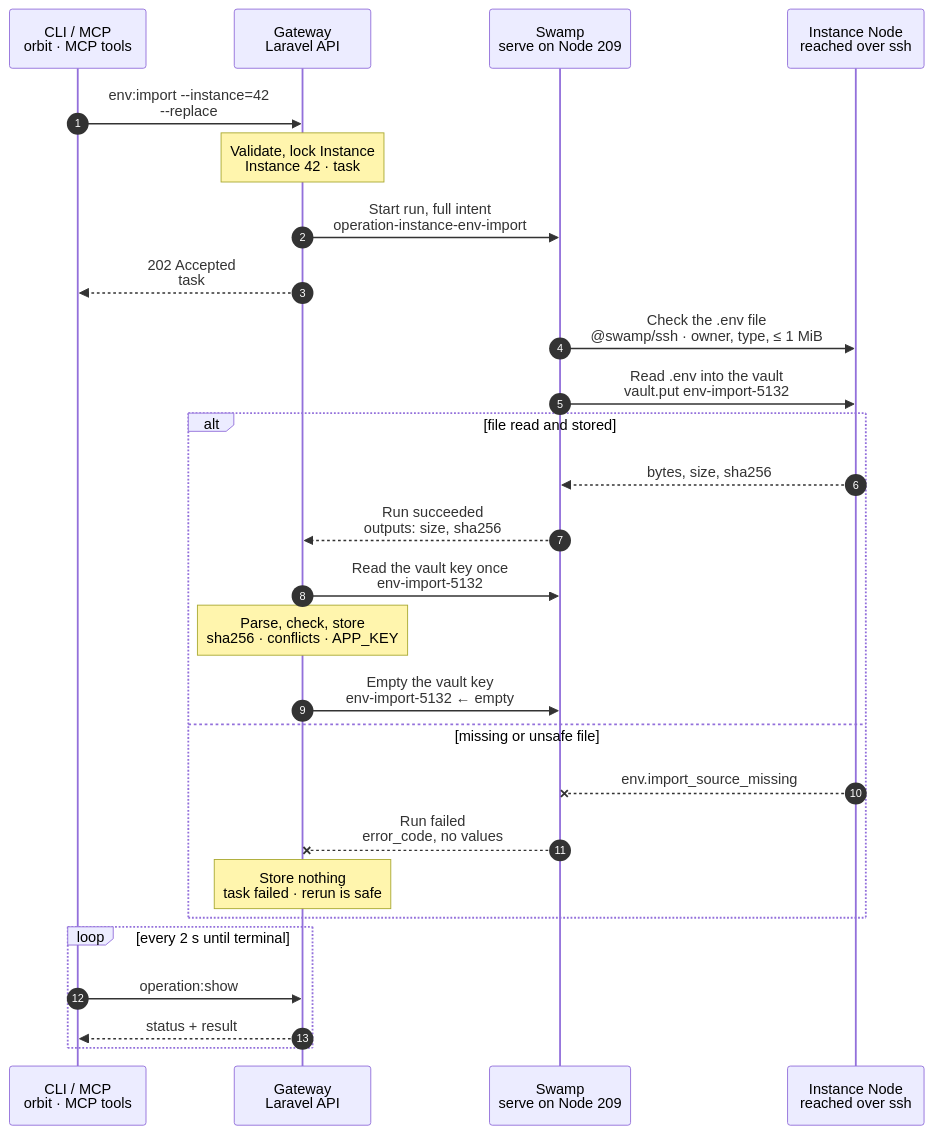
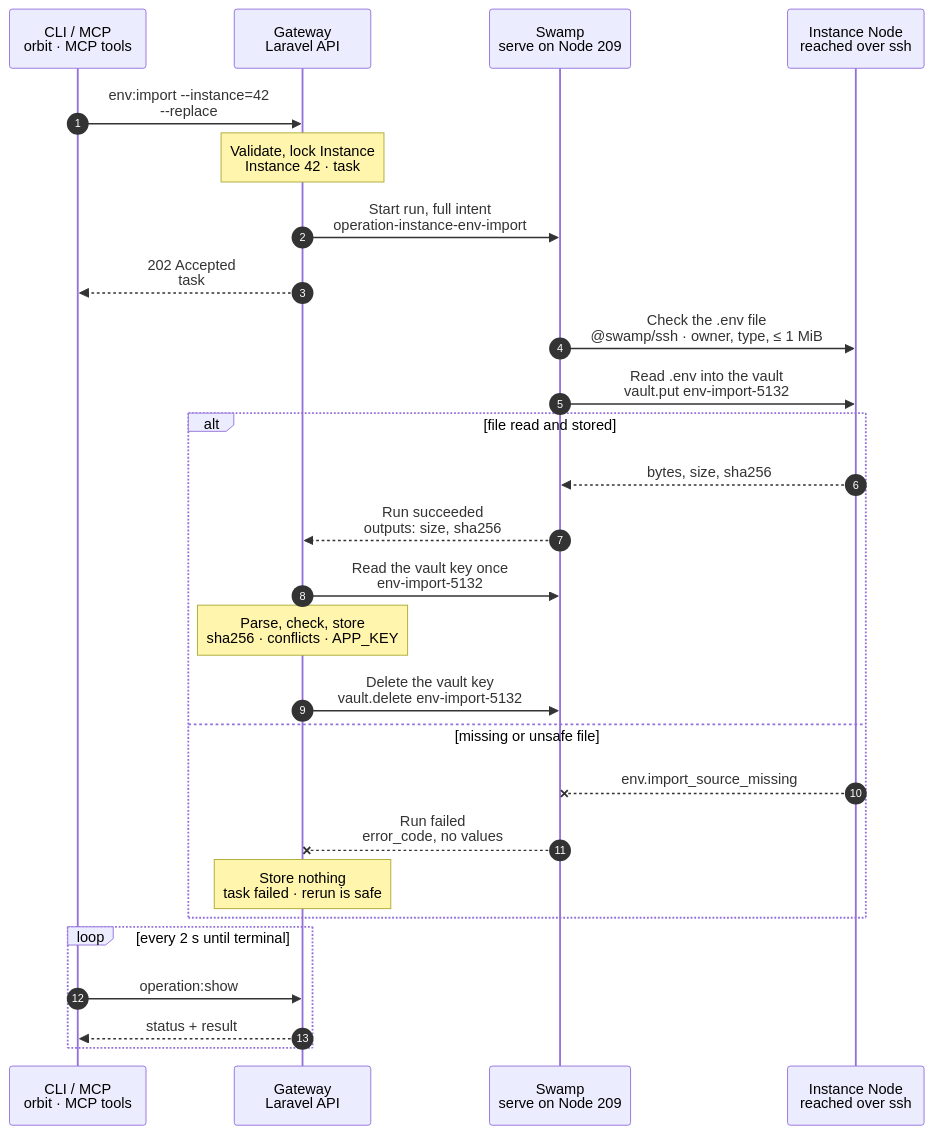
The diagram in docs/flows/instance.env_import.mmd (hardimpactdev/orbit), drawn with Mermaid before and after one commit. The commit also changed 2 other files, not shown here.

Commit message:
docs(flows): the Gateway deletes one-shot vault keys with vault.delete
e459 serve has vault.read-secret and vault.delete; the charts no longer overwrite keys
with an empty value on the claim that Swamp has no delete.

```diff
--- a/docs/flows/instance.env_import.mmd
+++ b/docs/flows/instance.env_import.mmd
@@ -1,116 +1,116 @@
 sequenceDiagram
   %% Target design: ADR 0244 task, R2-R4, orbit-gateway-renders-create-env (Gateway owns .env), DECISIONS instance.env_import (vault key env-import-<operation_id>, read once, overwritten empty; retire agent command instance.read-environment). docs/reference/environment-variables.md#import.
   %% status: draft
   %% command: env:import
   autonumber
   %% lane CLI icon=terminal pill=caller tone=gray
   %% lane GW icon=gateway pill=intent tone=blue
   %% lane SW icon=workflow pill=executes tone=green
   %% lane N icon=server pill=target tone=amber
   participant CLI as CLI / MCP<br/>orbit · MCP tools
   participant GW as Gateway<br/>Laravel API
   participant SW as Swamp<br/>serve on Node 209
   participant N as Instance Node<br/>reached over ssh
   CLI->>GW: env:import --instance=42<br/>--replace
   %%> Command:
   %%> - `orbit env:import --instance=42 --replace`
   %%> - syntax: `env:import --instance=SELECTOR [--replace] [--json]`
   %%> Input:
   %%> - the Instance: a numeric Instance ID or the exact domain of its Route
   %%> - optional `--replace`: file values replace stored keys with the same name
   %%> Who can call it:
   %%> - the `orbit` CLI and the MCP tool send the same request
   %%> When to use it:
   %%> - to adopt the `.env` of a registered checkout, or keys that someone added on the Node
   %%> - this is the one place where environment values come from a Node
   Note over GW: Validate, lock Instance<br/>Instance 42 · task #5132
   %%> Requirements:
   %%> - your Node has an access grant to Node 12, the Node of Instance 42
   %%> - Instance 42 is active, with complete placement, and Node 12 is active
   %%> - no other task holds Instance 42; the Gateway holds one lock per Instance and waits briefly for a busy one
   %%> Result:
   %%> - task #5132 recorded with the full intent and the `--replace` choice
   %%> - nothing has happened on the Node yet
   GW->>SW: Start run, full intent<br/>operation-instance-env-import
   %%> What it does:
   %%> - starts one Swamp run on serve (Node 209)
   %%> Inputs:
   %%> - Node 12's address and SSH host keys; the SSH identity comes from the `swamp` role
   %%> - the account and the `.env` path from the Instance's placement; the caller cannot choose them
   %%> - the vault key to write: `env-import-5132`
   GW-->>CLI: 202 Accepted<br/>task #5132
   %%> What you get:
   %%> - the task number, at once
   %%> Next:
   %%> - the CLI follows the task with `operation:show`
   SW->>N: Check the .env file<br/>@swamp/ssh · owner, type, ≤ 1 MiB
   %%> How:
   %%> - Swamp reaches Node 12 over SSH from 209 with the official `@swamp/ssh` behavior
   %%> What it does:
   %%> - checks the account, the path, the file type and the owner, without following a link
   %%> - checks the size: at most 1 MiB
   %%> Not included:
   %%> - never reads `.env.example`
   SW->>N: Read .env into the vault<br/>vault.put env-import-5132
   %%> What it does:
   %%> - reads the raw bytes of `.env` and puts them in the vault key `env-import-5132`
   %%> - changes nothing on the Node
   %%> Why the vault:
   %%> - values are secrets; they never enter run inputs, outputs or logs
   %%> Not included:
   %%> - parses nothing; the Gateway owns the import rules
   alt file read and stored
     N-->>SW: bytes, size, sha256
     %%> Returns:
     %%> - to the step only; the bytes go to the vault, not to the run outputs
     SW-->>GW: Run succeeded<br/>outputs: size, sha256
     %%> How the Gateway learns it:
     %%> - its shared run reader sees the terminal event; Swamp never calls the Gateway
     %%> Outputs:
     %%> - the file size and its sha256, no values
     GW->>SW: Read the vault key once<br/>env-import-5132
     %%> What it does:
     %%> - reads the bytes from Swamp's vault on Node 209, once
     %%> Why:
     %%> - this is the only direction change of R3: the values flow Node → vault → Gateway
     Note over GW: Parse, check, store<br/>sha256 · conflicts · APP_KEY
     %%> What it does:
     %%> - checks the sha256 against the run output
     %%> - parses the file as phpdotenv does: quotes, escapes, multiline values, expansion within the file
     %%> - Laravel: stores `APP_URL` as `https://{{instance.domain}}`; an empty `APP_KEY` reuses the stored key or gets a new one
     %%> Result:
     %%> - the keys are stored encrypted; task #5132 succeeds with `changed` and the key count
     %%> - without `--replace`, a key that is already stored stores nothing and fails the task (`env.import_conflict`)
     %%> - a duplicate key or invalid syntax stores nothing (`env.configuration_invalid`)
     %%> Not included:
     %%> - the file on the Node stays the same; run `env:sync` to write it
-    GW->>SW: Empty the vault key<br/>env-import-5132 ← empty
+    GW->>SW: Delete the vault key<br/>vault.delete env-import-5132
     %%> What it does:
-    %%> - overwrites the vault key with an empty value, also after a refused import
+    %%> - deletes the vault key with the native `vault.delete` frame, also after a refused import
     %%> Why:
-    %%> - Swamp has no vault delete; this is recorded in swamp-evaluation.md
+    %%> - the key held the file's values; nothing keeps them after the import
   else missing or unsafe file
     N--xSW: env.import_source_missing
     %%> When:
     %%> - the file is missing, a link, owned by another user, or over 1 MiB
     %%> - SSH fails
     SW--xGW: Run failed<br/>error_code, no values
     %%> The Gateway reads:
     %%> - which step failed and its error code
     Note over GW: Store nothing<br/>task failed · rerun is safe
     %%> Result:
     %%> - stored configuration stays as it was
     %%> - task #5132 fails
     %%> On the Node:
     %%> - nothing changed
     %%> Retry:
     %%> - fix or restore the file, then run `env:import` again; it is a new task
   end
   loop every 2 s until terminal
     CLI->>GW: operation:show #5132
     %%> What it does:
     %%> - asks for the task's status every 2 seconds until it has ended
     GW-->>CLI: status + result
     %%> Returns:
     %%> - the current status, and the result once the task has ended
   end
```
